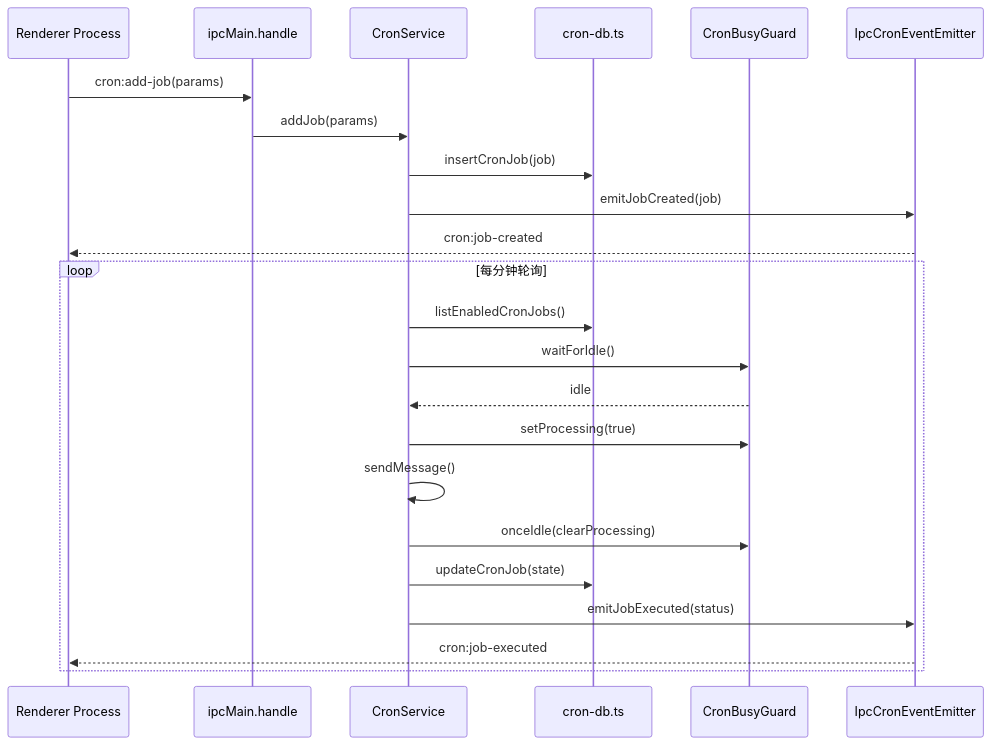
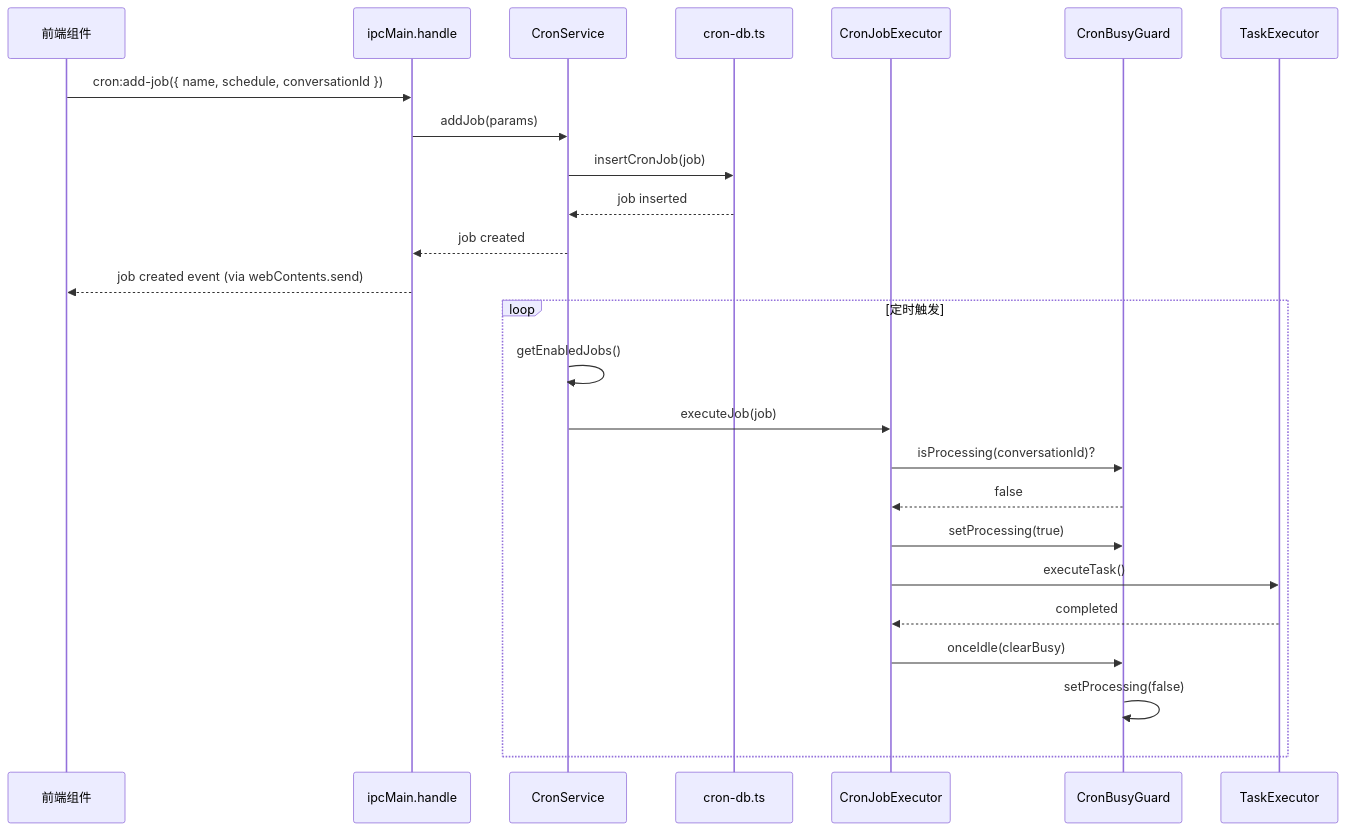
The second of 2 diagrams in .tech/repowiki/zh/content/核心模块规格/任务与调度系统总览.md (lst016/tech-cc-hub), drawn with Mermaid before and after one commit. The commit also changed other lines of this file and 176 other files, not shown here.

````diff
--- a/.tech/repowiki/zh/content/核心模块规格/任务与调度系统总览.md
+++ b/.tech/repowiki/zh/content/核心模块规格/任务与调度系统总览.md
@@ -293,27 +338,29 @@
 ```mermaid
 sequenceDiagram
-    participant Renderer as Renderer Process
+    participant UI as 前端组件
     participant IPC as ipcMain.handle
     participant Service as CronService
     participant DB as cron-db.ts
+    participant Executor as CronJobExecutor
     participant Guard as CronBusyGuard
-    participant Emitter as IpcCronEventEmitter
+    participant Task as TaskExecutor
 
-    Renderer->>IPC: cron:add-job(params)
+    UI->>IPC: cron:add-job({ name, schedule, conversationId })
     IPC->>Service: addJob(params)
     Service->>DB: insertCronJob(job)
-    Service->>Emitter: emitJobCreated(job)
-    Emitter-->>Renderer: cron:job-created
+    DB-->>Service: job inserted
+    Service-->>IPC: job created
+    IPC-->>UI: job created event (via webContents.send)
 
-    loop 每分钟轮询
-        Service->>DB: listEnabledCronJobs()
-        Service->>Guard: waitForIdle()
-        Guard-->>Service: idle
-        Service->>Guard: setProcessing(true)
-        Service->>Service: sendMessage()
-        Service->>Guard: onceIdle(clearProcessing)
-        Service->>DB: updateCronJob(state)
-        Service->>Emitter: emitJobExecuted(status)
-        Emitter-->>Renderer: cron:job-executed
+    loop 定时触发
+        Service->>Service: getEnabledJobs()
+        Service->>Executor: executeJob(job)
+        Executor->>Guard: isProcessing(conversationId)?
+        Guard-->>Executor: false
+        Executor->>Guard: setProcessing(true)
+        Executor->>Task: executeTask()
+        Task-->>Executor: completed
+        Executor->>Guard: onceIdle(clearBusy)
+        Guard->>Guard: setProcessing(false)
     end
 ```
````
